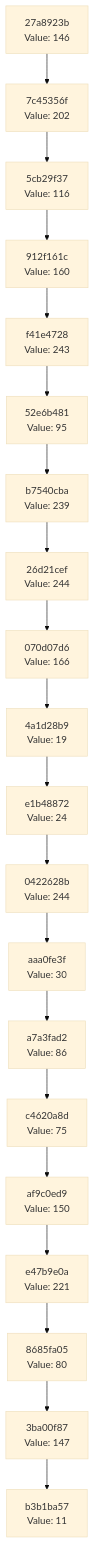
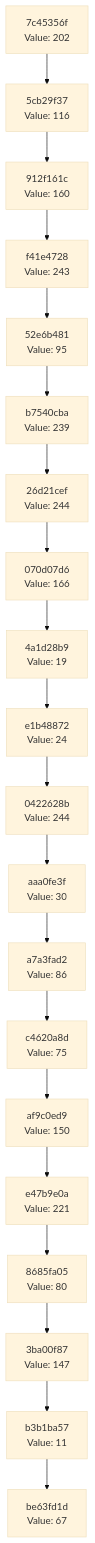
One commit to Abhisheksinha1506/hash-chain-evolver changed the diagram in docs/CHAIN_VISUALIZATION.md. Above: the diagram before and after it, drawn with Mermaid (base theme). The commit also changed 1 other file, not shown here.

Commit message:
Evolution Step

````diff
--- a/docs/CHAIN_VISUALIZATION.md
+++ b/docs/CHAIN_VISUALIZATION.md
@@ -3,42 +3,42 @@
 ```mermaid
 graph TD
-    C0["b3b1ba57<br/>Value: 11"]
-    C1["3ba00f87<br/>Value: 147"]
+    C0["be63fd1d<br/>Value: 67"]
+    C1["b3b1ba57<br/>Value: 11"]
     C1 --> C0
-    C2["8685fa05<br/>Value: 80"]
+    C2["3ba00f87<br/>Value: 147"]
     C2 --> C1
-    C3["e47b9e0a<br/>Value: 221"]
+    C3["8685fa05<br/>Value: 80"]
     C3 --> C2
-    C4["af9c0ed9<br/>Value: 150"]
+    C4["e47b9e0a<br/>Value: 221"]
     C4 --> C3
-    C5["c4620a8d<br/>Value: 75"]
+    C5["af9c0ed9<br/>Value: 150"]
     C5 --> C4
-    C6["a7a3fad2<br/>Value: 86"]
+    C6["c4620a8d<br/>Value: 75"]
     C6 --> C5
-    C7["aaa0fe3f<br/>Value: 30"]
+    C7["a7a3fad2<br/>Value: 86"]
     C7 --> C6
-    C8["0422628b<br/>Value: 244"]
+    C8["aaa0fe3f<br/>Value: 30"]
     C8 --> C7
-    C9["e1b48872<br/>Value: 24"]
+    C9["0422628b<br/>Value: 244"]
     C9 --> C8
-    C10["4a1d28b9<br/>Value: 19"]
+    C10["e1b48872<br/>Value: 24"]
     C10 --> C9
-    C11["070d07d6<br/>Value: 166"]
+    C11["4a1d28b9<br/>Value: 19"]
     C11 --> C10
-    C12["26d21cef<br/>Value: 244"]
+    C12["070d07d6<br/>Value: 166"]
     C12 --> C11
-    C13["b7540cba<br/>Value: 239"]
+    C13["26d21cef<br/>Value: 244"]
     C13 --> C12
-    C14["52e6b481<br/>Value: 95"]
+    C14["b7540cba<br/>Value: 239"]
     C14 --> C13
-    C15["f41e4728<br/>Value: 243"]
+    C15["52e6b481<br/>Value: 95"]
     C15 --> C14
-    C16["912f161c<br/>Value: 160"]
+    C16["f41e4728<br/>Value: 243"]
     C16 --> C15
-    C17["5cb29f37<br/>Value: 116"]
+    C17["912f161c<br/>Value: 160"]
     C17 --> C16
-    C18["7c45356f<br/>Value: 202"]
+    C18["5cb29f37<br/>Value: 116"]
     C18 --> C17
-    C19["27a8923b<br/>Value: 146"]
+    C19["7c45356f<br/>Value: 202"]
     C19 --> C18
 ```
````
